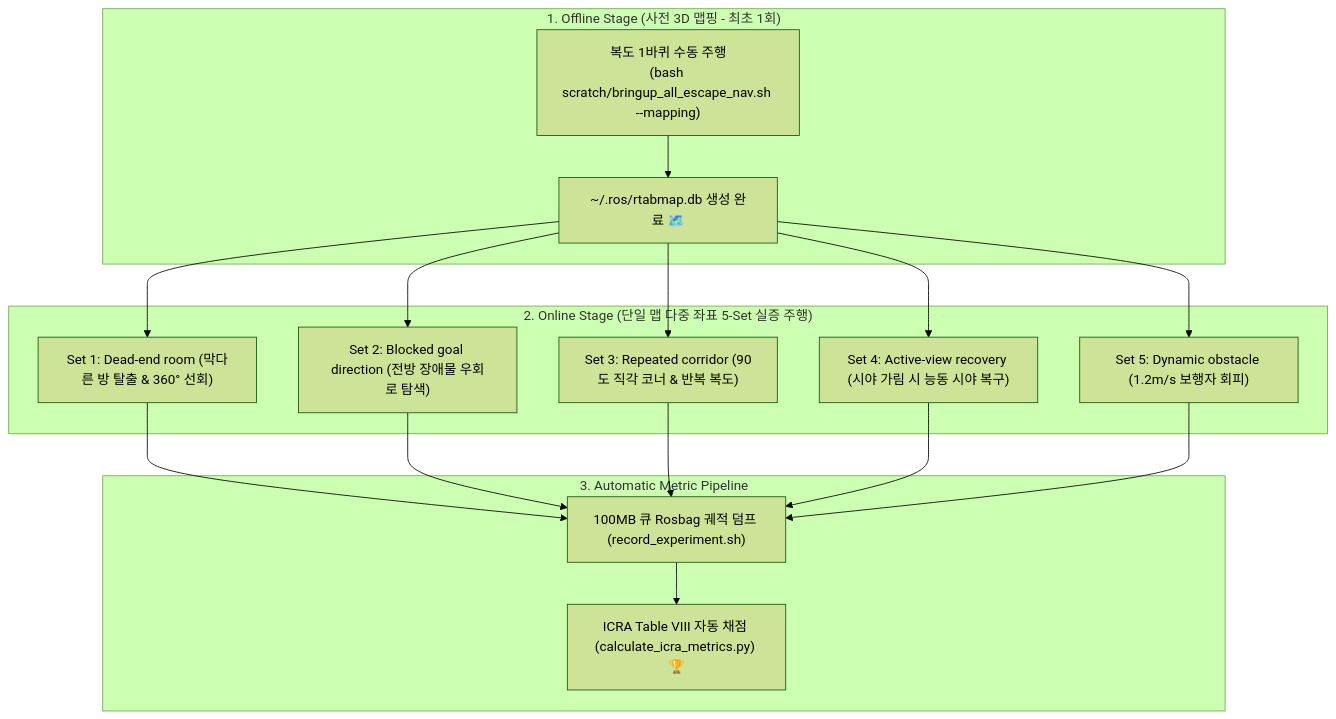
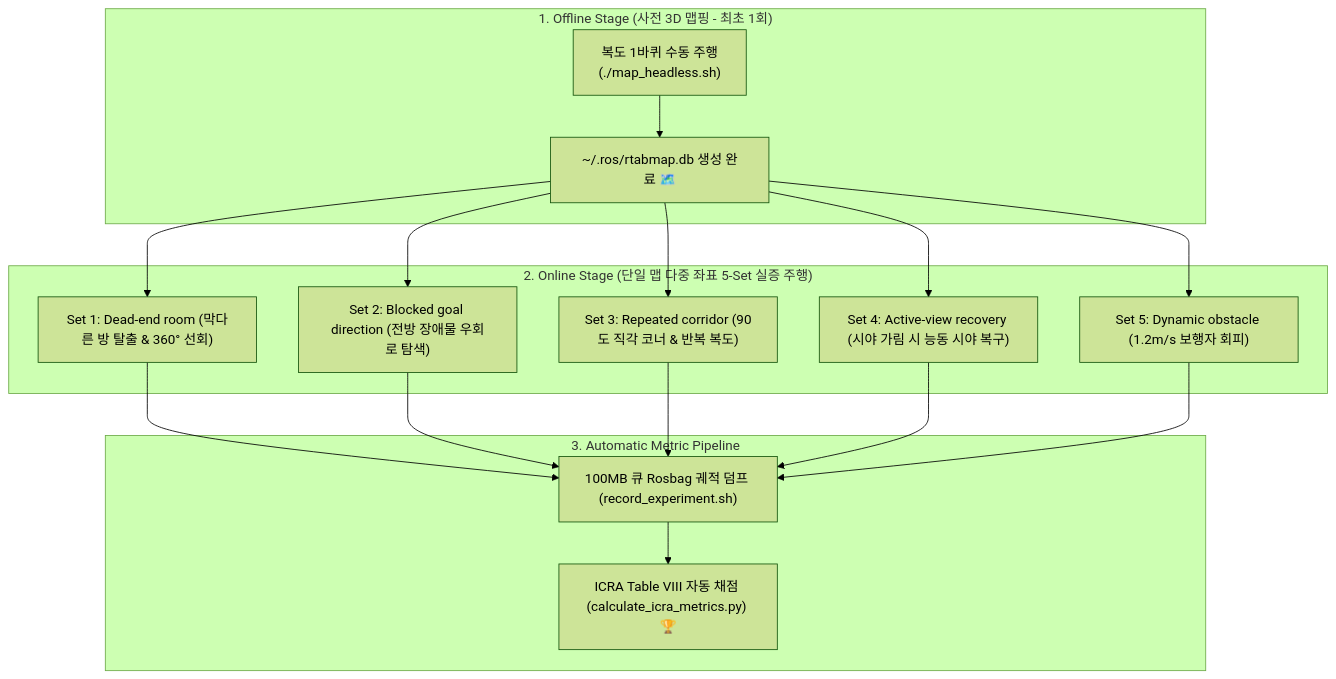
The first of 2 diagrams in docs/master_plan/[2026-08-21]_PointNav_실로봇_5set_맵계획_및_HabitatGS_노이즈_Ablation_종합명세서.md (CGV-HGU/go2_ws), drawn with Mermaid (forest theme) before and after one commit. The commit also changed 58 other files, not shown here.

Commit message:
feat(mapping & pixnav): unify mapping scripts into run_map.sh/map_headless.sh, add pixnav qualification checkers, and update master plan docs

````diff
--- a/docs/master_plan/[2026-08-21]_PointNav_실로봇_5set_맵계획_및_HabitatGS_노이즈_Ablation_종합명세서.md
+++ b/docs/master_plan/[2026-08-21]_PointNav_실로봇_5set_맵계획_및_HabitatGS_노이즈_Ablation_종합명세서.md
@@ -24,19 +24,19 @@
 ```mermaid
 graph TD
     subgraph "1. Offline Stage (사전 3D 맵핑 - 최초 1회)"
-        M1["복도 1바퀴 수동 주행<br/>(bash scratch/bringup_all_escape_nav.sh --mapping)"] --> M2["~/.ros/rtabmap.db 생성 완료 🗺️"]
+        M1["복도 1바퀴 수동 주행<br/>(./map_headless.sh)"] --> M2["~/.ros/rtabmap.db 생성 완료 🗺️"]
     end
 
     subgraph "2. Online Stage (단일 맵 다중 좌표 5-Set 실증 주행)"
         M2 --> S1["Set 1: Dead-end room (막다른 방 탈출 & 360° 선회)"]
         M2 --> S2["Set 2: Blocked goal direction (전방 장애물 우회로 탐색)"]
         M2 --> S3["Set 3: Repeated corridor (90도 직각 코너 & 반복 복도)"]
         M2 --> S4["Set 4: Active-view recovery (시야 가림 시 능동 시야 복구)"]
         M2 --> S5["Set 5: Dynamic obstacle (1.2m/s 보행자 회피)"]
     end
 
     subgraph "3. Automatic Metric Pipeline"
         S1 & S2 & S3 & S4 & S5 --> LOG["100MB 큐 Rosbag 궤적 덤프 (record_experiment.sh)"]
         LOG --> METRIC["ICRA Table VIII 자동 채점 (calculate_icra_metrics.py) 🏆"]
     end
 ```
````
